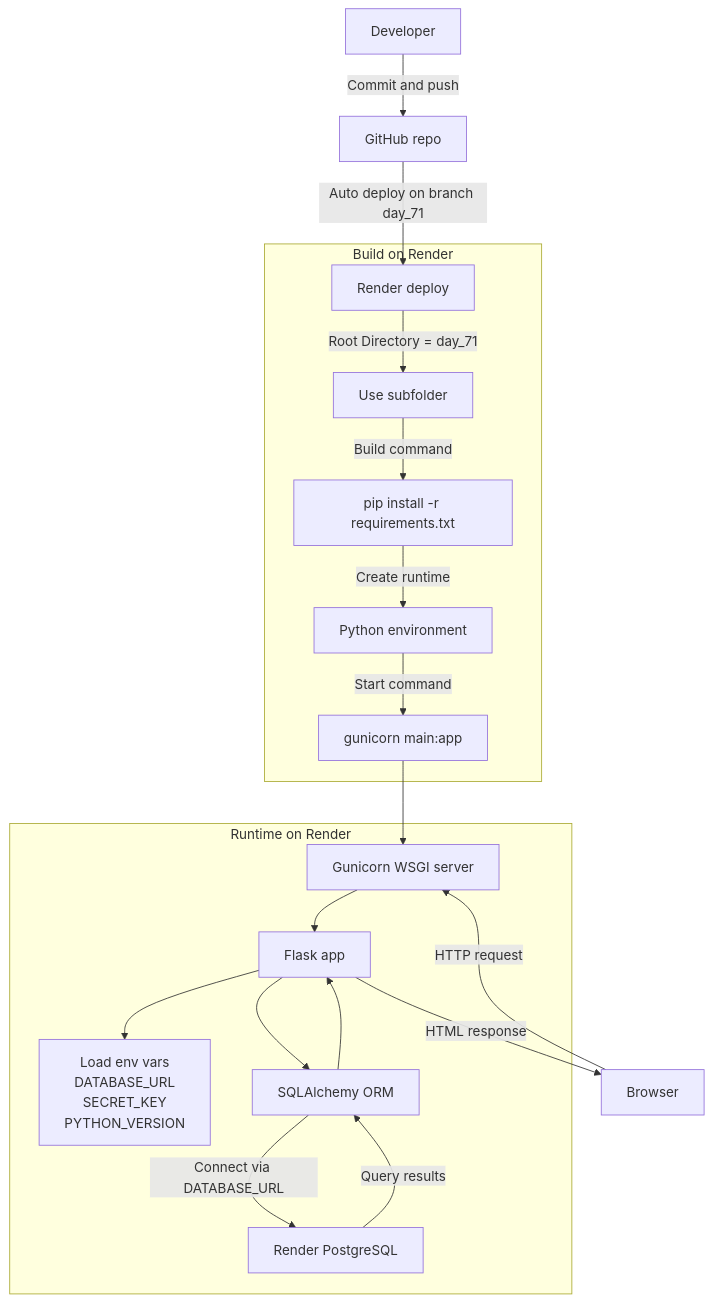
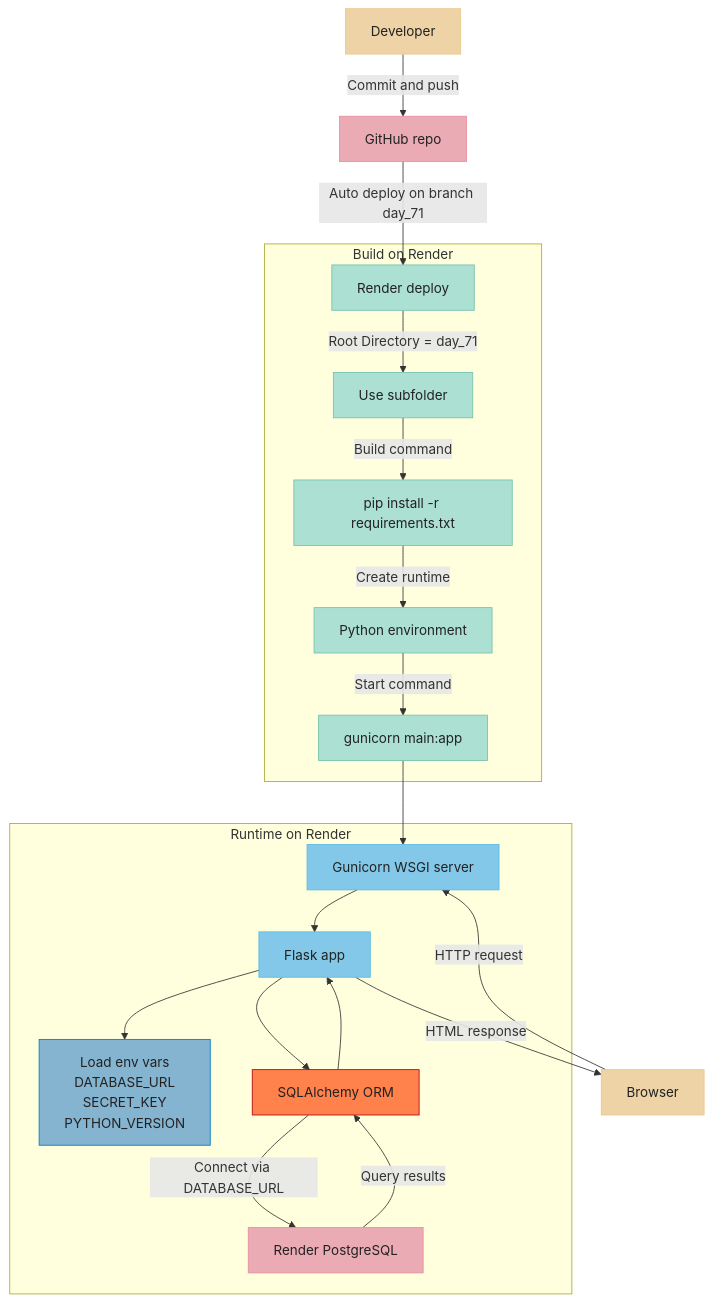
The diagram in daily_logs/day_71.md (Zamir29/100-days-of-Python), drawn with Mermaid before and after one commit.

Commit message:
(day_71): corrections on the mermaid flowchart

````diff
--- a/daily_logs/day_71.md
+++ b/daily_logs/day_71.md
@@ -94,25 +94,43 @@
 ```mermaid
 graph TD;
     Dev[Developer] -->|Commit and push| GitHub[GitHub repo];
     GitHub -->|Auto deploy on branch day_71| RenderDeploy[Render deploy];
 
     subgraph Build on Render
         RenderDeploy -->|Root Directory = day_71| RootDir[Use subfolder];
         RootDir -->|Build command| BuildCmd[pip install -r requirements.txt];
         BuildCmd -->|Create runtime| PyEnv[Python environment];
         PyEnv -->|Start command| StartCmd[gunicorn main:app];
     end
 
     subgraph Runtime on Render
         StartCmd --> Gunicorn[Gunicorn WSGI server];
         Gunicorn --> FlaskApp[Flask app];
         FlaskApp --> Env[Load env vars<br/>DATABASE_URL<br/>SECRET_KEY<br/>PYTHON_VERSION];
         FlaskApp --> ORM[SQLAlchemy ORM];
         ORM -->|Connect via DATABASE_URL| Postgres[Render PostgreSQL];
     end
 
     User[Browser] -->|HTTP request| Gunicorn;
     Postgres -->|Query results| ORM;
     ORM --> FlaskApp;
     FlaskApp -->|HTML response| User;
+
+    %% -- Color Style --
+    classDef beige fill:#EDD3A6,stroke:#EAC78B,color:#222;
+    classDef pink fill:#EBABB5,stroke:#E88F9D,color:#222;
+    classDef mint fill:#ABE0D2,stroke:#74C1AD,color:#222;
+    classDef blue fill:#83C8E8,stroke:#59BAE6,color:#222;
+    classDef deepblue fill:#85B4D0,stroke:#007AC4,color:#222;
+    classDef red fill:#FF814B,stroke:#B6000F,color:#222;
+    classDef bluelight fill:#c4deea,stroke:#007AC4,color:#222;
+
+    class Dev,User beige;
+    class GitHub pink;
+    class RenderDeploy,RootDir,BuildCmd,PyEnv,StartCmd mint;
+    class Gunicorn,FlaskApp blue;
+    class Env deepblue;
+    class ORM red;
+    class Postgres pink;
+    class BuildPhase,RuntimePhase bluelight;
 ```
````
